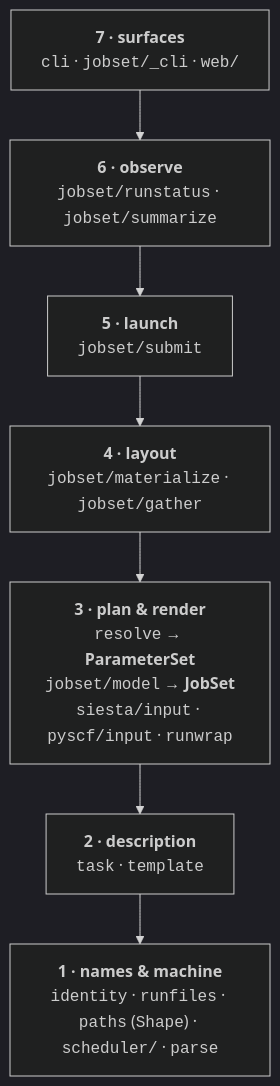
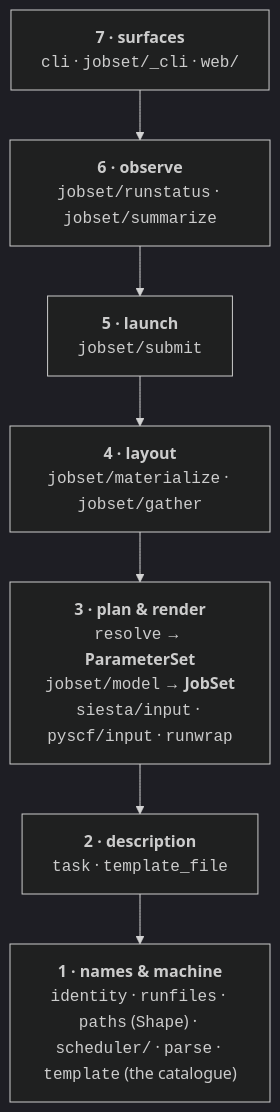
The third of 3 diagrams in docs/execution/generator.md (Qing-LAB/molbuilder), drawn with Mermaid (dark theme) before and after one commit. The commit also changed other lines of this file and 106 other files, not shown here.

````diff
--- a/docs/execution/generator.md
+++ b/docs/execution/generator.md
@@ -805,11 +805,11 @@
 ```mermaid
 flowchart TB
     F7["<b>7 · surfaces</b><br/><code>cli</code> · <code>jobset/_cli</code> · <code>web/</code>"]
     F6["<b>6 · observe</b><br/><code>jobset/runstatus</code> · <code>jobset/summarize</code>"]
     F5["<b>5 · launch</b><br/><code>jobset/submit</code>"]
     F4["<b>4 · layout</b><br/><code>jobset/materialize</code> · <code>jobset/gather</code>"]
     F3["<b>3 · plan &amp; render</b><br/><code>resolve</code> → <b>ParameterSet</b><br/><code>jobset/model</code> → <b>JobSet</b><br/><code>siesta/input</code> · <code>pyscf/input</code> · <code>runwrap</code>"]
-    F2["<b>2 · description</b><br/><code>task</code> · <code>template</code>"]
-    F1["<b>1 · names & machine</b><br/><code>identity</code> · <code>runfiles</code> · <code>paths</code> (<code>Shape</code>) · <code>scheduler/</code> · <code>parse</code>"]
+    F2["<b>2 · description</b><br/><code>task</code> · <code>template_file</code>"]
+    F1["<b>1 · names & machine</b><br/><code>identity</code> · <code>runfiles</code> · <code>paths</code> (<code>Shape</code>) · <code>scheduler/</code> · <code>parse</code> · <code>template</code> (the catalogue)"]
     F7 --> F6 --> F5 --> F4 --> F3 --> F2 --> F1
 ```
````
